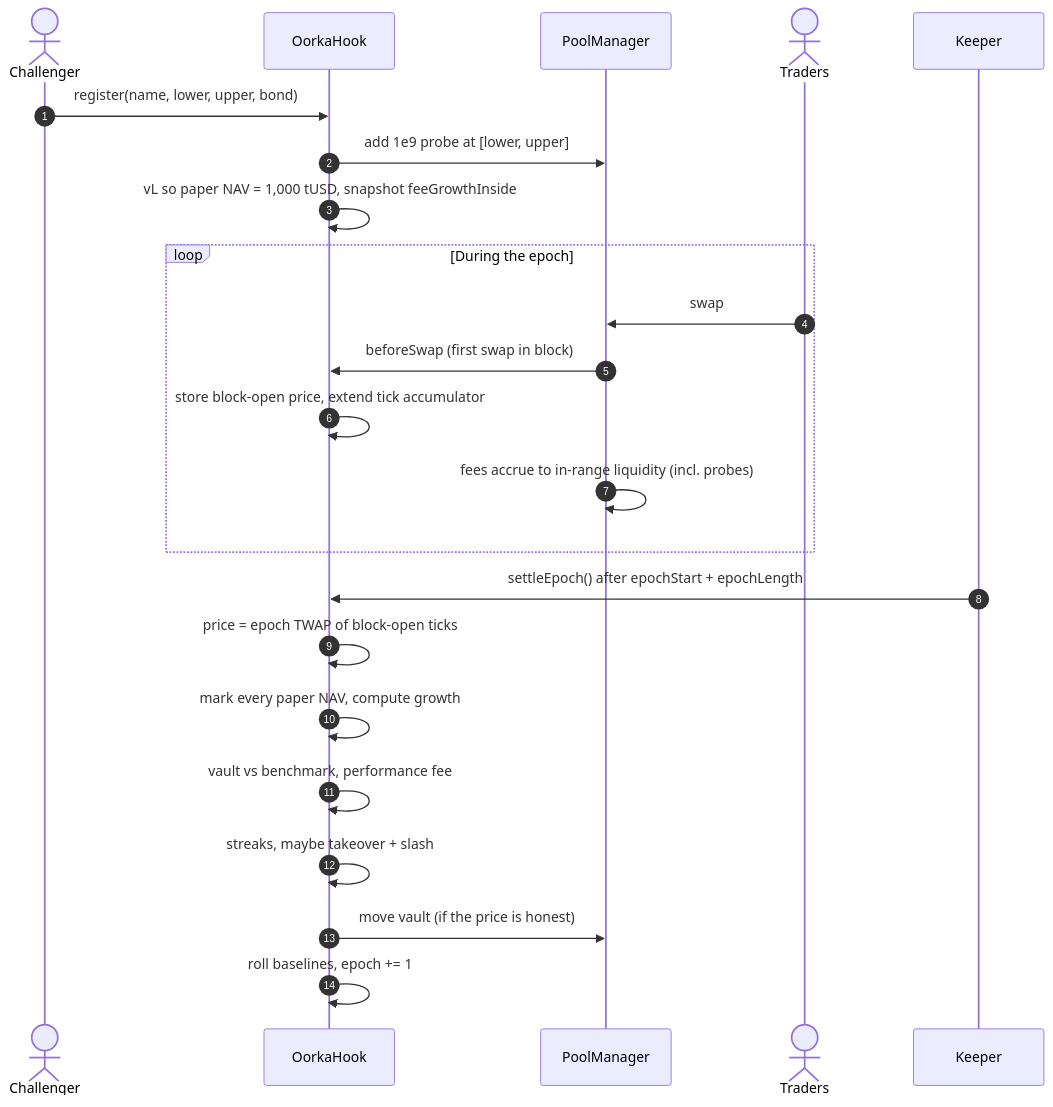
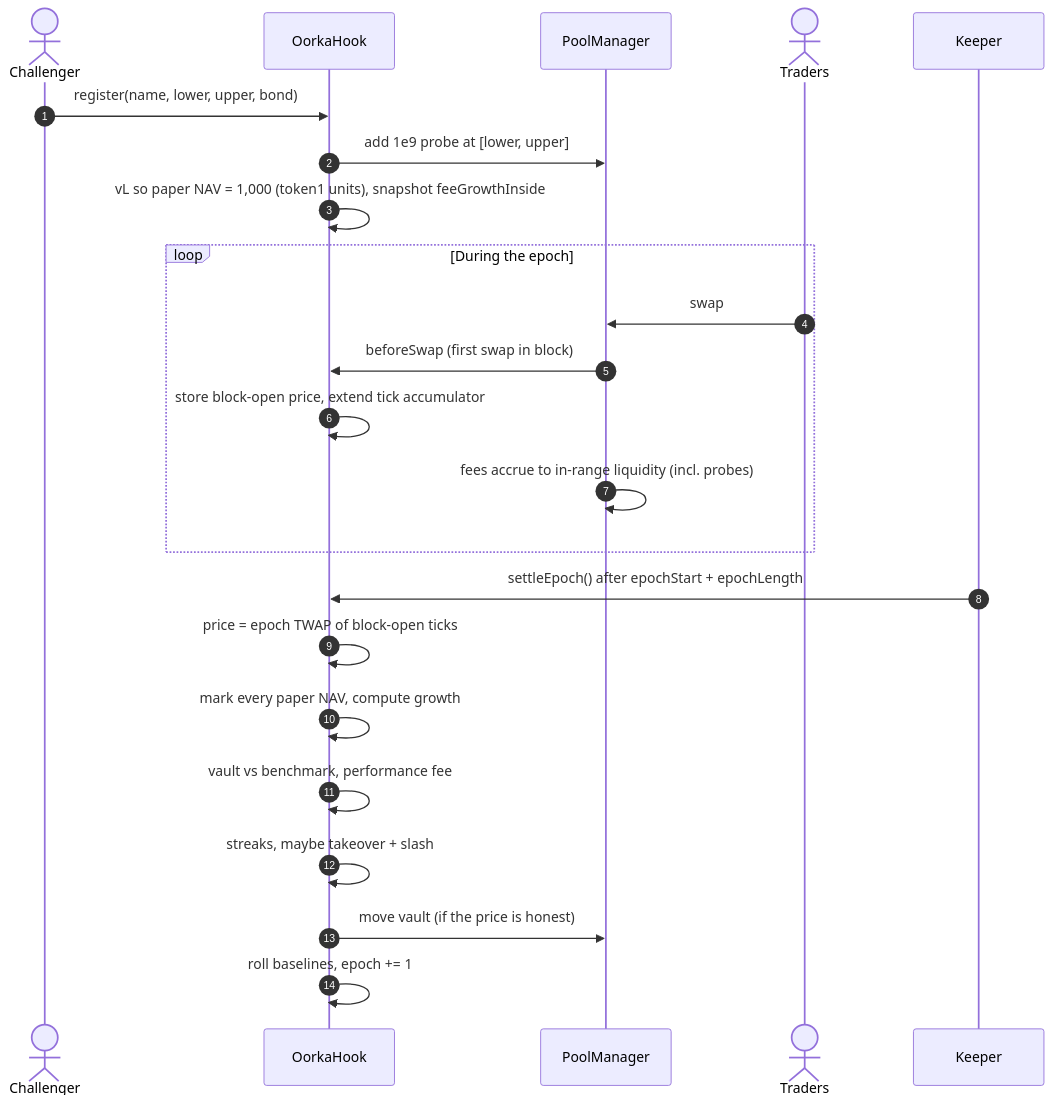
One commit to debojyoti10CC/oorka changed the first of 3 diagrams in docs-site/protocol/epoch-lifecycle.mdx. Above: the diagram before and after it, drawn with Mermaid. The commit also changed 20 other files, not shown here.

````diff
--- a/docs-site/protocol/epoch-lifecycle.mdx
+++ b/docs-site/protocol/epoch-lifecycle.mdx
@@ -10,26 +10,26 @@
 ```mermaid
 sequenceDiagram
     autonumber
     actor C as Challenger
     participant H as OorkaHook
     participant PM as PoolManager
     actor T as Traders
     participant K as Keeper
 
     C->>H: register(name, lower, upper, bond)
     H->>PM: add 1e9 probe at [lower, upper]
-    H->>H: vL so paper NAV = 1,000 tUSD, snapshot feeGrowthInside
+    H->>H: vL so paper NAV = 1,000 (token1 units), snapshot feeGrowthInside
     loop During the epoch
         T->>PM: swap
         PM->>H: beforeSwap (first swap in block)
         H->>H: store block-open price, extend tick accumulator
         PM->>PM: fees accrue to in-range liquidity (incl. probes)
     end
     K->>H: settleEpoch() after epochStart + epochLength
     H->>H: price = epoch TWAP of block-open ticks
     H->>H: mark every paper NAV, compute growth
     H->>H: vault vs benchmark, performance fee
     H->>H: streaks, maybe takeover + slash
     H->>PM: move vault (if the price is honest)
     H->>H: roll baselines, epoch += 1
 ```
````
